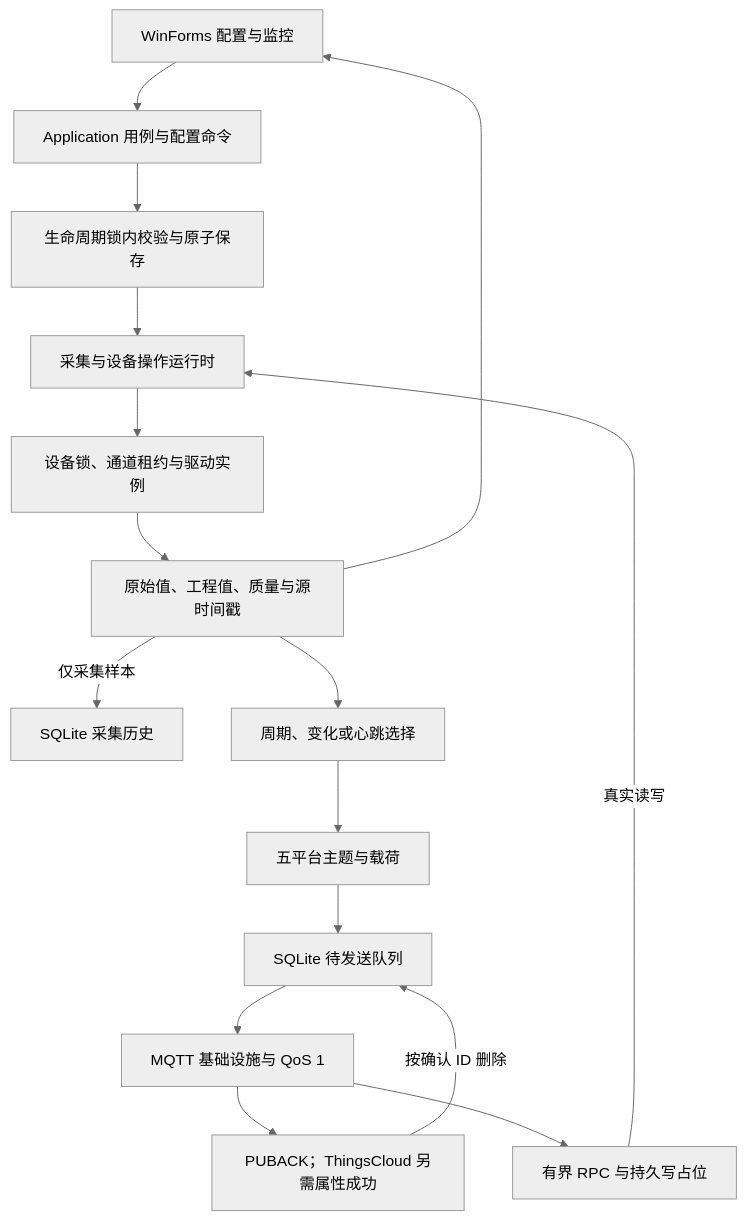
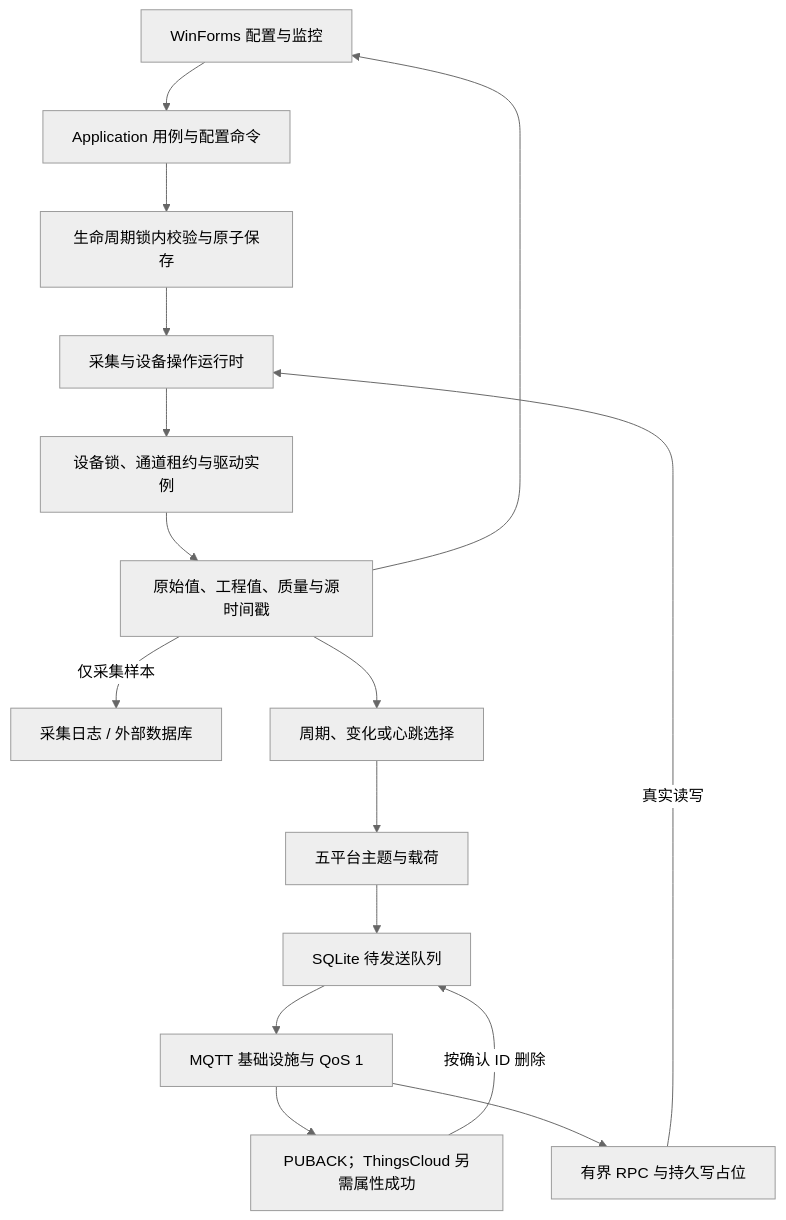
The diagram in .agents/skills/develop-edge-gateway/references/architecture.md (kingtentx/edge-gateway), drawn with Mermaid (neutral theme) before and after one commit. The commit also changed other lines of this file and 91 other files, not shown here.

````diff
--- a/.agents/skills/develop-edge-gateway/references/architecture.md
+++ b/.agents/skills/develop-edge-gateway/references/architecture.md
@@ -46,18 +46,18 @@
 ```mermaid
 flowchart TD
     UI["WinForms 配置与监控"] --> App["Application 用例与配置命令"]
     App --> Config["生命周期锁内校验与原子保存"]
     Config --> Runtime["采集与设备操作运行时"]
     Runtime --> Drivers["设备锁、通道租约与驱动实例"]
     Drivers --> Samples["原始值、工程值、质量与源时间戳"]
     Samples --> UI
-    Samples -->|"仅采集样本"| History["SQLite 采集历史"]
+    Samples -->|"仅采集样本"| History["采集日志 / 外部数据库"]
     Samples --> Report["周期、变化或心跳选择"]
     Report --> Adapter["五平台主题与载荷"]
     Adapter --> Outbox["SQLite 待发送队列"]
     Outbox --> MQTT["MQTT 基础设施与 QoS 1"]
     MQTT --> Ack["PUBACK；ThingsCloud 另需属性成功"]
     Ack -->|"按确认 ID 删除"| Outbox
     MQTT --> RPC["有界 RPC 与持久写占位"]
     RPC -->|"真实读写"| Runtime
 ```
````
